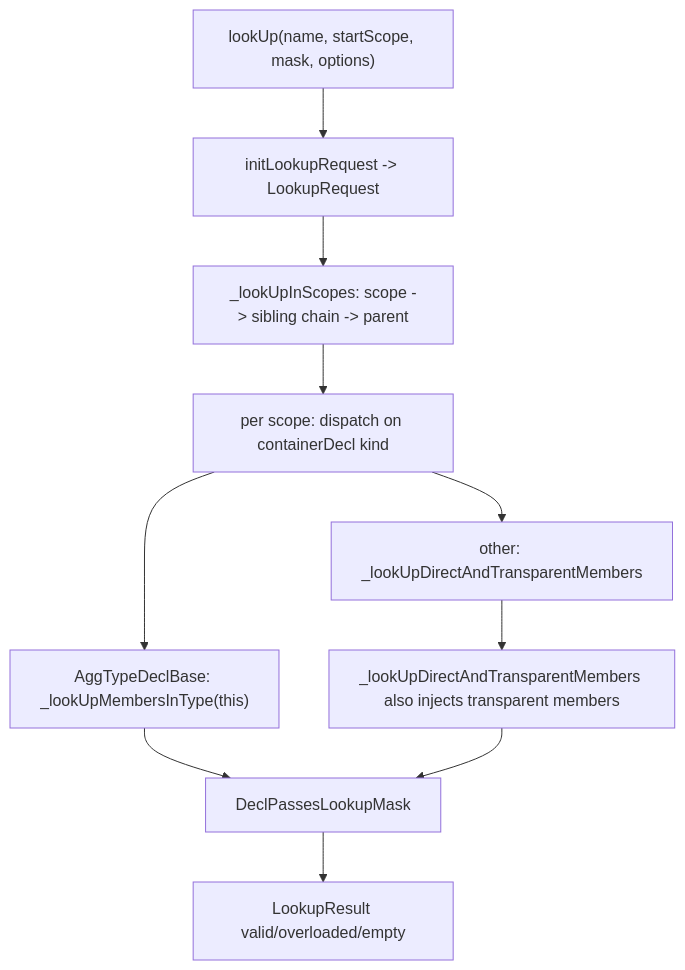
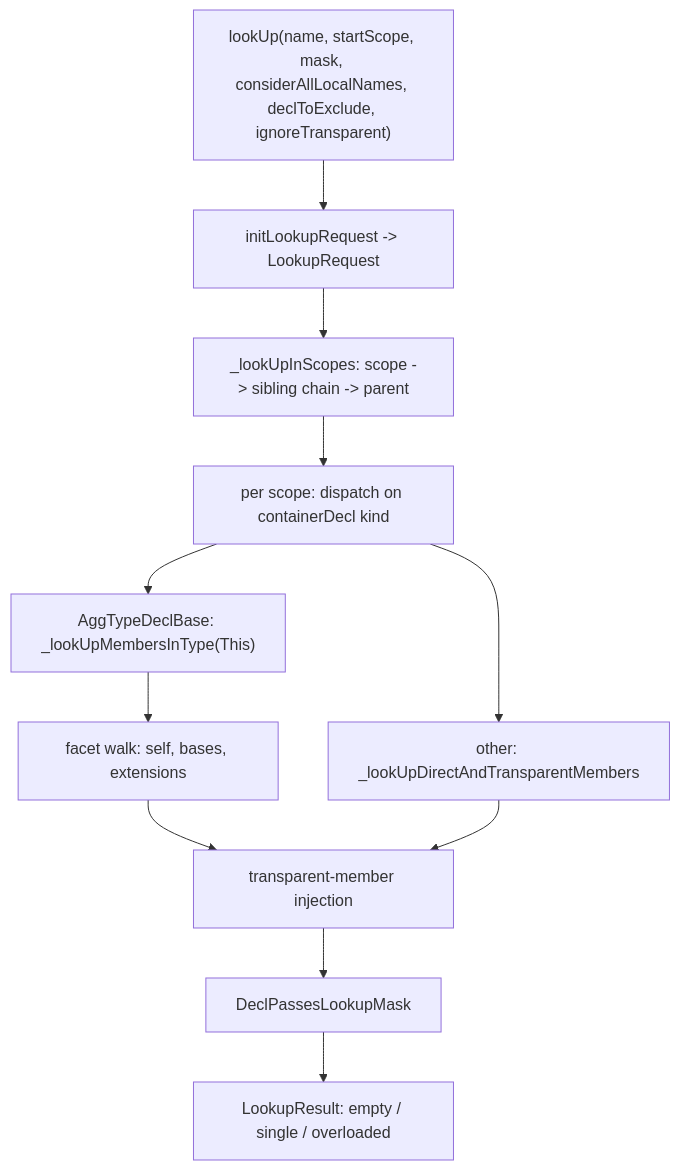
One commit to shader-slang/slang changed the diagram in docs/generated/design/name-resolution/lookup.md. Above: the diagram before and after it, drawn with Mermaid. The commit also changed other lines of this file and 176 other files, not shown here.

````diff
--- a/docs/generated/design/name-resolution/lookup.md
+++ b/docs/generated/design/name-resolution/lookup.md
@@ -128,17 +208,17 @@
 ```mermaid
 flowchart TB
-  start["lookUp(name, startScope, mask, options)"]
+  start["lookUp(name, startScope, mask, considerAllLocalNames, declToExclude, ignoreTransparent)"]
   init["initLookupRequest -> LookupRequest"]
   scopeWalk["_lookUpInScopes: scope -> sibling chain -> parent"]
   perScope["per scope: dispatch on containerDecl kind"]
-  typeBranch["AggTypeDeclBase: _lookUpMembersInType(this)"]
+  typeBranch["AggTypeDeclBase: _lookUpMembersInType(This)"]
   defBranch["other: _lookUpDirectAndTransparentMembers"]
+  facets["facet walk: self, bases, extensions"]
+  trans["transparent-member injection"]
   filter["DeclPassesLookupMask"]
-  trans["_lookUpDirectAndTransparentMembers also injects transparent members"]
-  result["LookupResult valid/overloaded/empty"]
+  result["LookupResult: empty / single / overloaded"]
   start --> init --> scopeWalk --> perScope
-  perScope --> typeBranch
-  perScope --> defBranch
-  typeBranch --> filter --> result
-  defBranch --> trans --> filter
+  perScope --> typeBranch --> facets --> trans
+  perScope --> defBranch --> trans
+  trans --> filter --> result
 ```
````
